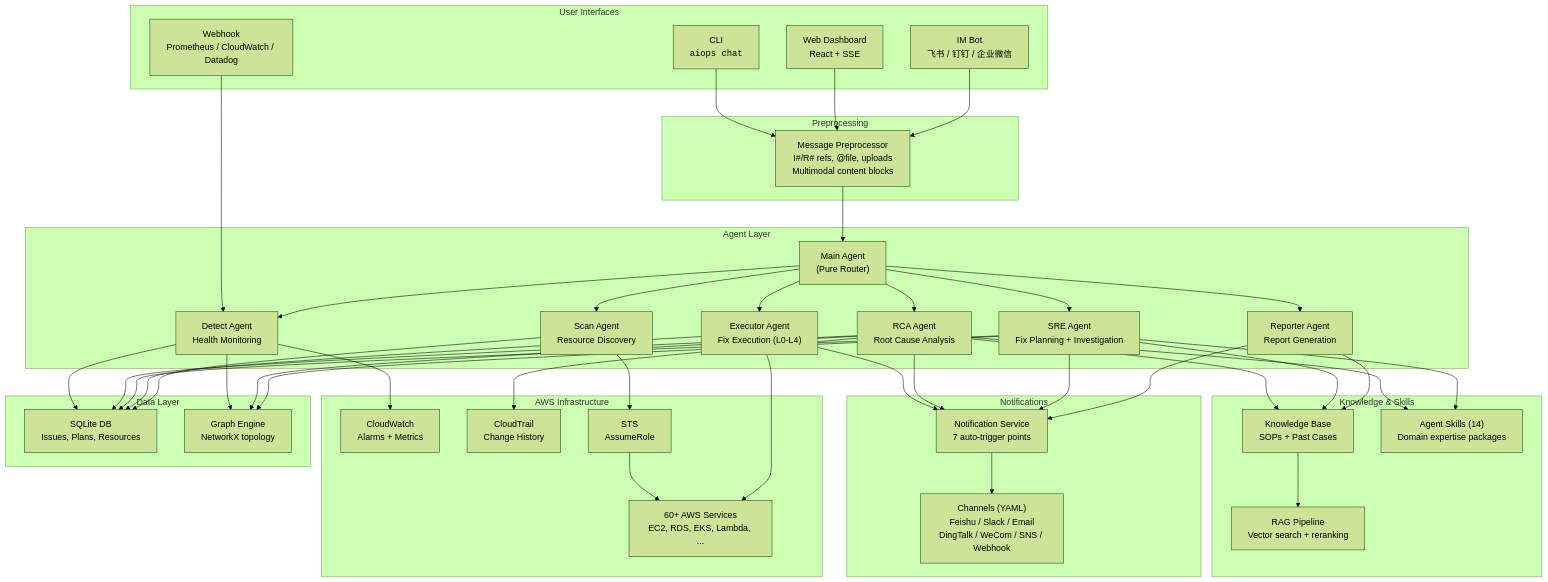
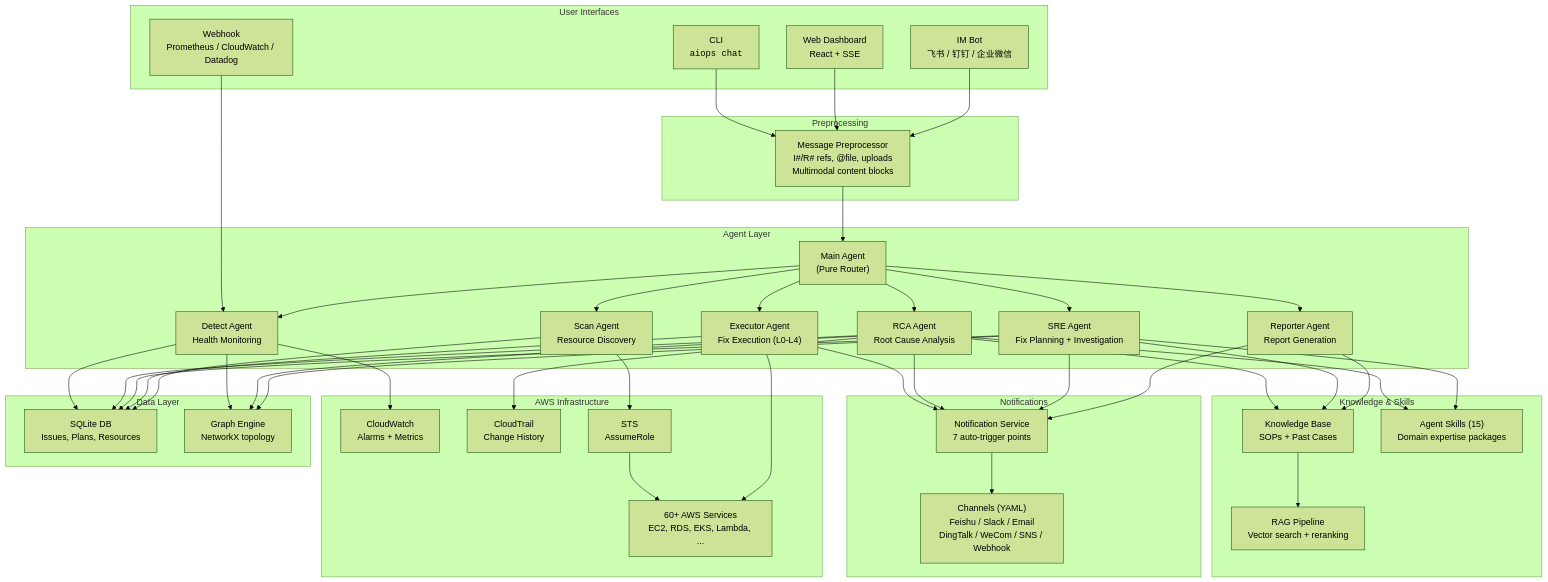
Before and after one commit to LiboMa/agenticops-chat: the first of 12 diagrams in docs/WORKFLOW.md, drawn with Mermaid (forest theme). The commit also changed other lines of this file and 2 other files, not shown here.

```diff
--- a/docs/WORKFLOW.md
+++ b/docs/WORKFLOW.md
@@ -56,7 +56,7 @@
 
     subgraph "Knowledge & Skills"
         KB["Knowledge Base<br/>SOPs + Past Cases"]
-        SKILLS["Agent Skills (14)<br/>Domain expertise packages"]
+        SKILLS["Agent Skills (15)<br/>Domain expertise packages"]
         RAG["RAG Pipeline<br/>Vector search + reranking"]
     end
 
```
